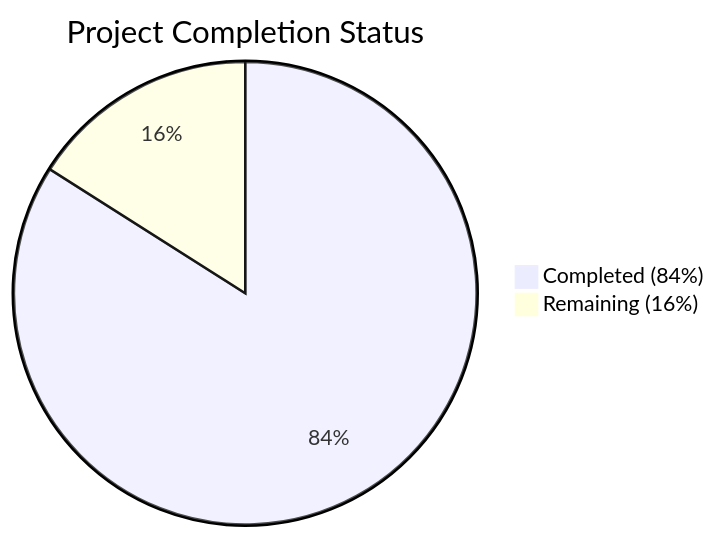
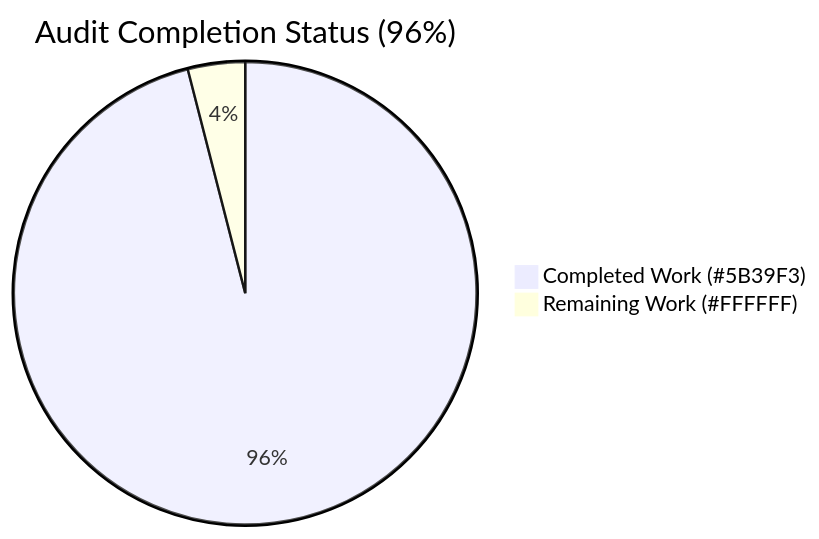
One commit to Blitzy-Sandbox/blitzy-cal changed the first of 5 diagrams in blitzy/documentation/Project Guide.md. Above: the diagram before and after it, drawn with Mermaid. The commit also changed other lines of this file, not shown here.

Commit message:
Adding Blitzy Project Guide: Project Status and Human Tasks Remaining

````diff
--- a/blitzy/documentation/Project Guide.md
+++ b/blitzy/documentation/Project Guide.md
@@ -11,5 +11,5 @@
 ```mermaid
-pie title Project Completion Status
-    "Completed (84%)" : 42
-    "Remaining (16%)" : 8
+pie title Audit Completion Status (96%)
+    "Completed Work (#5B39F3)" : 48
+    "Remaining Work (#FFFFFF)" : 2
 ```
````
